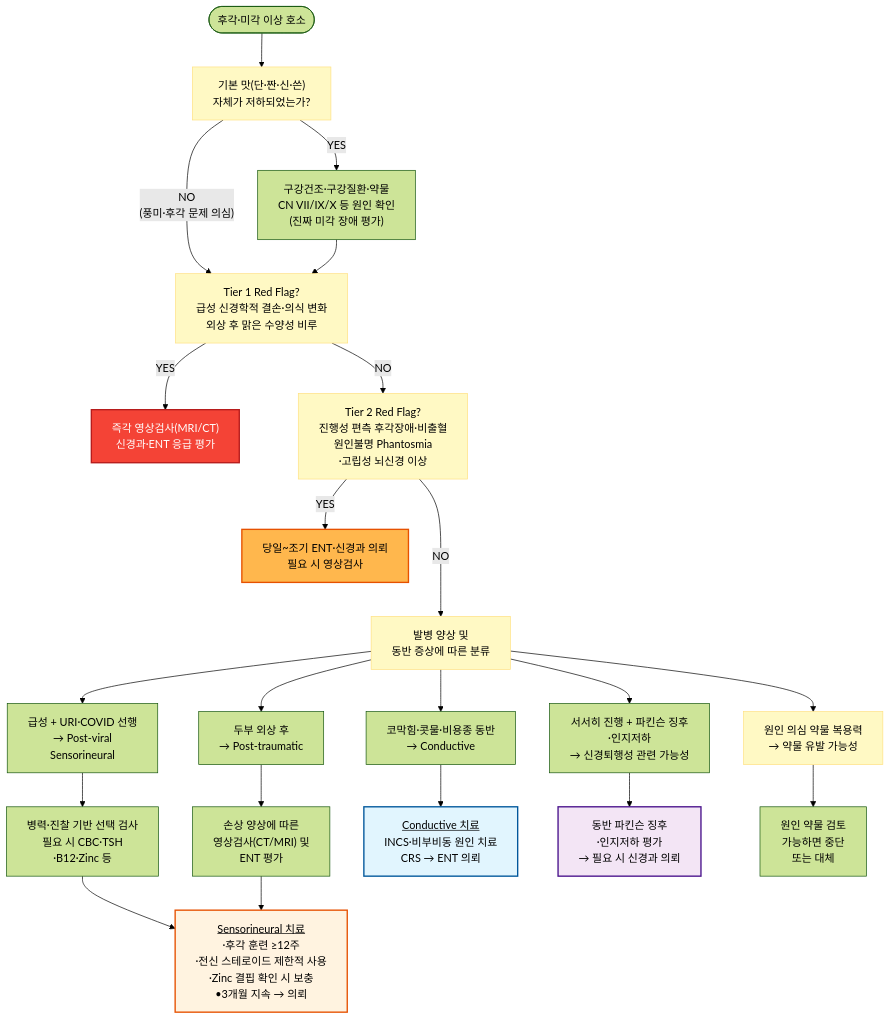
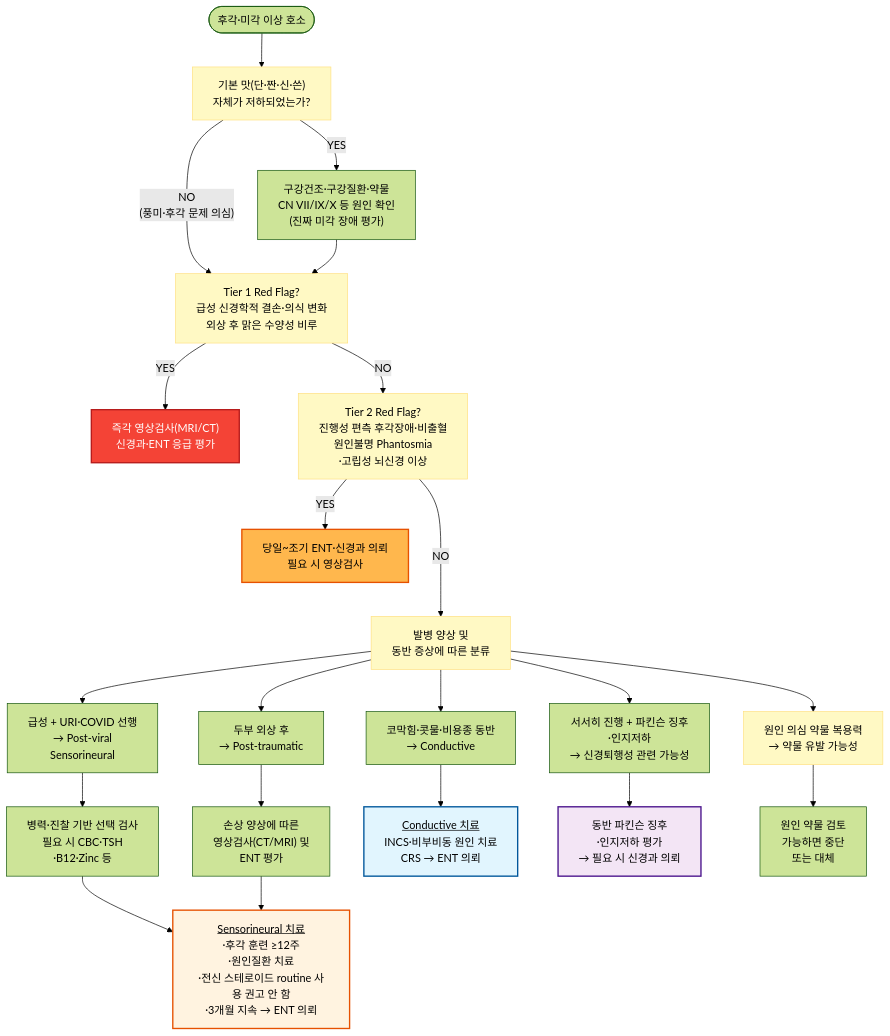
Before and after one commit to familyoh77/familyoh77: the diagram in 220_/005_-smell-taste-disorders.md, drawn with Mermaid (forest theme). The commit also changed other lines of this file, not shown here.

````diff
--- a/220_/005_-smell-taste-disorders.md
+++ b/220_/005_-smell-taste-disorders.md
@@ -177,30 +177,30 @@
 ```mermaid
 graph TD
     A([후각·미각 이상 호소]) --> B["기본 맛(단·짠·신·쓴)<br/>자체가 저하되었는가?"]
     B -->|"YES"| C["구강건조·구강질환·약물<br/>CN VII/IX/X 등 원인 확인<br/>(진짜 미각 장애 평가)"]
     B -->|"NO<br/>(풍미·후각 문제 의심)"| D["Tier 1 Red Flag?<br/>급성 신경학적 결손·의식 변화<br/>외상 후 맑은 수양성 비루"]
     C --> D
     D -->|"YES"| E1["즉각 영상검사(MRI/CT)<br/>신경과·ENT 응급 평가"]
     D -->|"NO"| D2["Tier 2 Red Flag?<br/>진행성 편측 후각장애·비출혈<br/>원인불명 Phantosmia<br/>·고립성 뇌신경 이상"]
     D2 -->|"YES"| E2["당일~조기 ENT·신경과 의뢰<br/>필요 시 영상검사"]
     D2 --->|"NO"| F["발병 양상 및 <br/>동반 증상에 따른 분류"]
     F --> G["급성 + URI·COVID 선행<br/>→ Post-viral <br/>Sensorineural"]
     F --> H["두부 외상 후<br/>→ Post-traumatic"]
     F --> I["코막힘·콧물·비용종 동반<br/>→ Conductive"]
     F --> J["서서히 진행 + 파킨슨 징후<br/>·인지저하<br/>→ 신경퇴행성 관련 가능성"]
     F --> P["원인 의심 약물 복용력<br/>→ 약물 유발 가능성"]
     G --> K["병력·진찰 기반 선택 검사<br/>필요 시 CBC·TSH<br/>·B12·Zinc 등"]
     H --> H2["손상 양상에 따른<br/>영상검사(CT/MRI) 및 <br/>ENT 평가"]
     I --> L["<u>Conductive 치료</u><br/>INCS·비부비동 원인 치료<br/>CRS → ENT 의뢰"]
     J --> M["동반 파킨슨 징후<br/>·인지저하 평가<br/>→ 필요 시 신경과 의뢰"]
     P --> P2["원인 약물 검토<br/>가능하면 중단<br/> 또는 대체"]
-    K --> N["<u>Sensorineural 치료</u><br/>·후각 훈련 ≥12주<br/>·전신 스테로이드 제한적 사용<br/>·Zinc 결핍 확인 시 보충<br/>•3개월 지속 → 의뢰"]
+    K --> N["<u>Sensorineural 치료</u><br/>·후각 훈련 ≥12주<br/>·원인질환 치료<br/>·전신 스테로이드 routine 사용 권고 안 함<br/>·3개월 지속 → ENT 의뢰"]
     H2 --> N
 classDef yellow fill:#fff9c4,stroke:#ffe082
 class B,D,D2,F,P yellow
     style E1 fill:#f44336,stroke:#b71c1c,color:#fff,stroke-width:2px
     style E2 fill:#ffb74d,stroke:#e65100,stroke-width:2px
     style L fill:#e1f5fe,stroke:#01579b,stroke-width:2px
     style N fill:#fff3e0,stroke:#e65100,stroke-width:2px
     style M fill:#f3e5f5,stroke:#4a148c,stroke-width:2px
 ```
````
